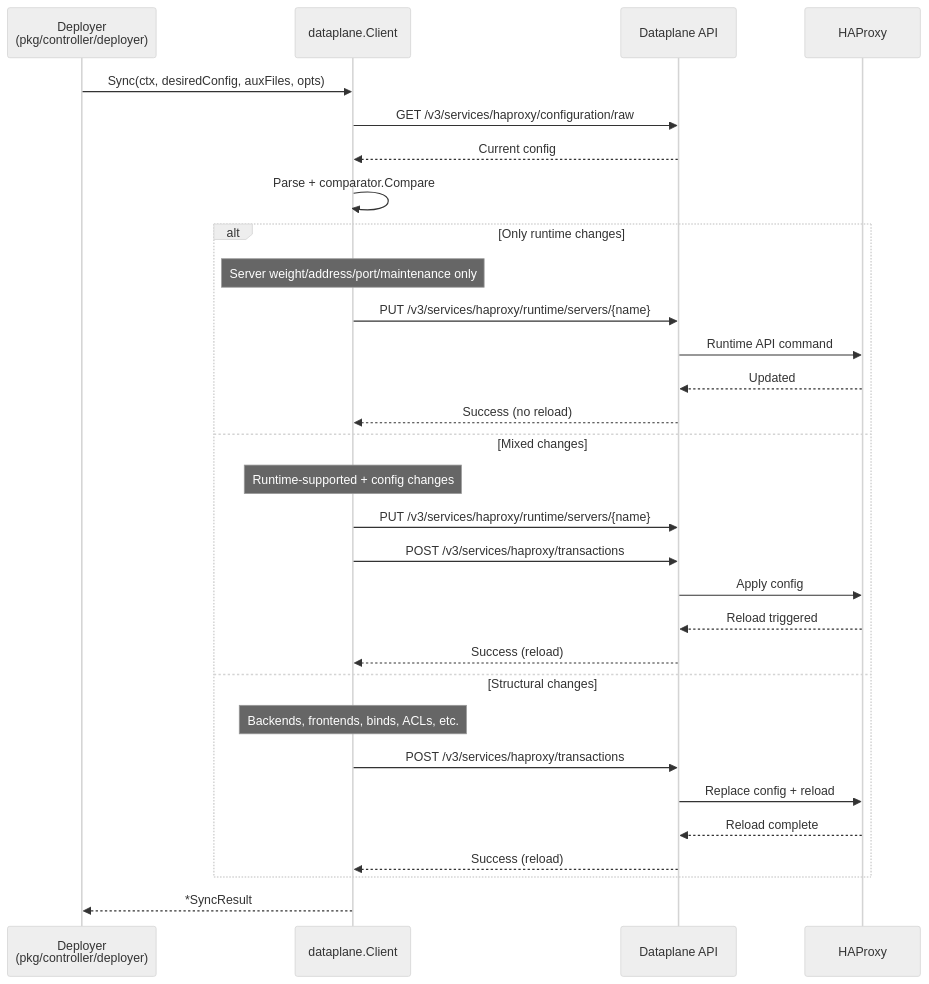
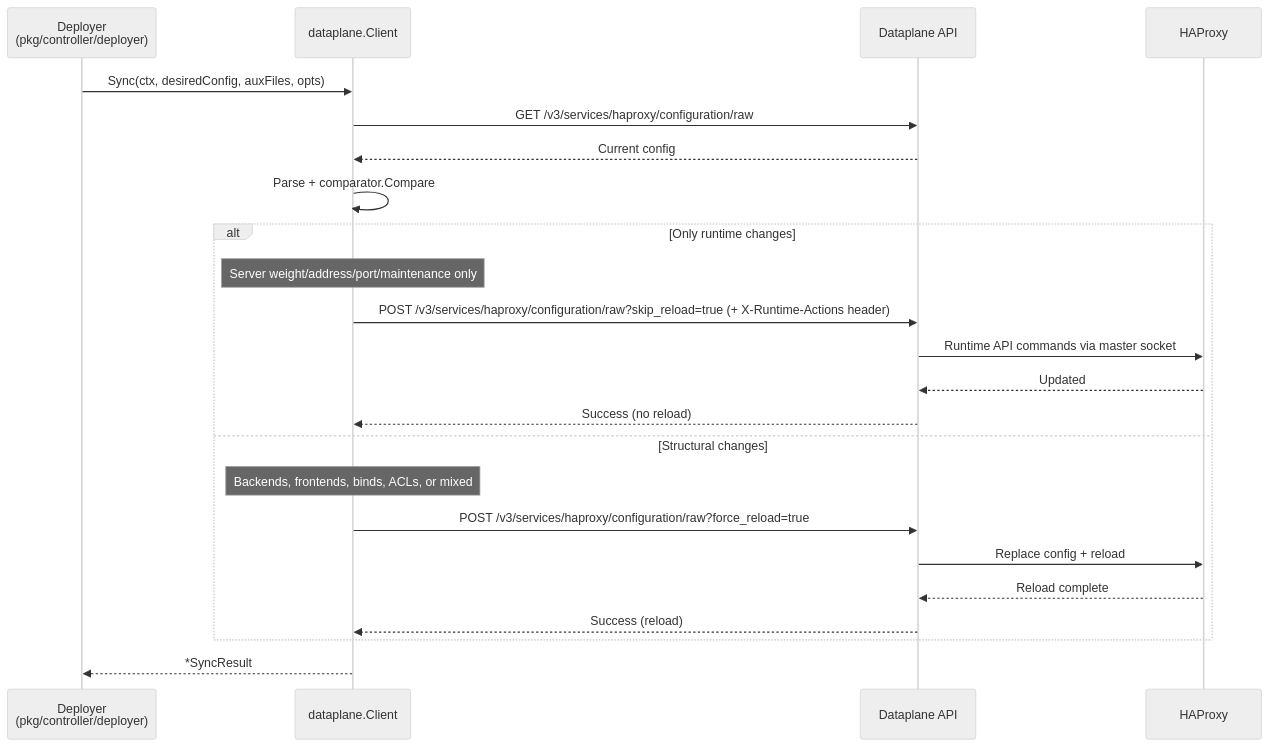
The fourth of 4 diagrams in docs/controller/docs/development/design/sequence-diagrams.md (HAProxy-Template-IC/haproxy-template-ingress-controller), drawn with Mermaid (neutral theme) before and after one commit. The commit also changed other lines of this file and 152 other files, not shown here.

````diff
--- a/docs/controller/docs/development/design/sequence-diagrams.md
+++ b/docs/controller/docs/development/design/sequence-diagrams.md
@@ -210,36 +210,29 @@
 ```mermaid
 sequenceDiagram
     participant Deployer as Deployer<br/>(pkg/controller/deployer)
     participant Client as dataplane.Client
     participant DP as Dataplane API
     participant HAProxy
 
     Deployer->>Client: Sync(ctx, desiredConfig, auxFiles, opts)
     Client->>DP: GET /v3/services/haproxy/configuration/raw
     DP-->>Client: Current config
 
     Client->>Client: Parse + comparator.Compare
 
     alt Only runtime changes
         Note over Client: Server weight/address/port/maintenance only
-        Client->>DP: PUT /v3/services/haproxy/runtime/servers/{name}
-        DP->>HAProxy: Runtime API command
+        Client->>DP: POST /v3/services/haproxy/configuration/raw?skip_reload=true (+ X-Runtime-Actions header)
+        DP->>HAProxy: Runtime API commands via master socket
         HAProxy-->>DP: Updated
         DP-->>Client: Success (no reload)
-    else Mixed changes
-        Note over Client: Runtime-supported + config changes
-        Client->>DP: PUT /v3/services/haproxy/runtime/servers/{name}
-        Client->>DP: POST /v3/services/haproxy/transactions
-        DP->>HAProxy: Apply config
-        HAProxy-->>DP: Reload triggered
-        DP-->>Client: Success (reload)
     else Structural changes
-        Note over Client: Backends, frontends, binds, ACLs, etc.
-        Client->>DP: POST /v3/services/haproxy/transactions
+        Note over Client: Backends, frontends, binds, ACLs, or mixed
+        Client->>DP: POST /v3/services/haproxy/configuration/raw?force_reload=true
         DP->>HAProxy: Replace config + reload
         HAProxy-->>DP: Reload complete
         DP-->>Client: Success (reload)
     end
 
     Client-->>Deployer: *SyncResult
 ```
````
